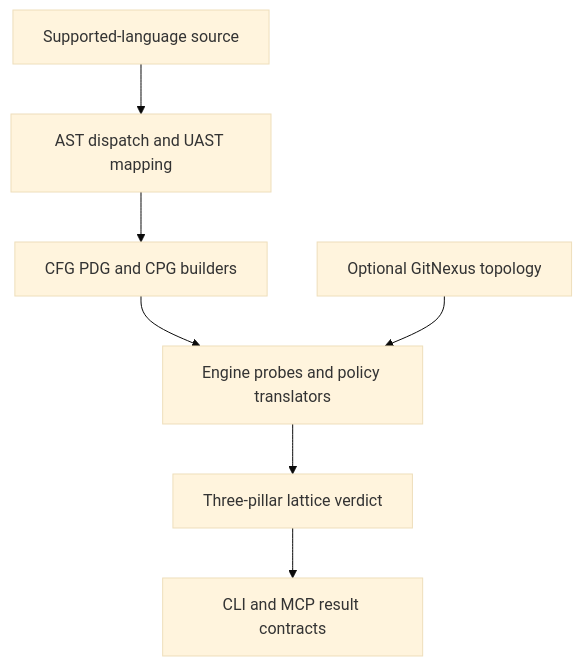
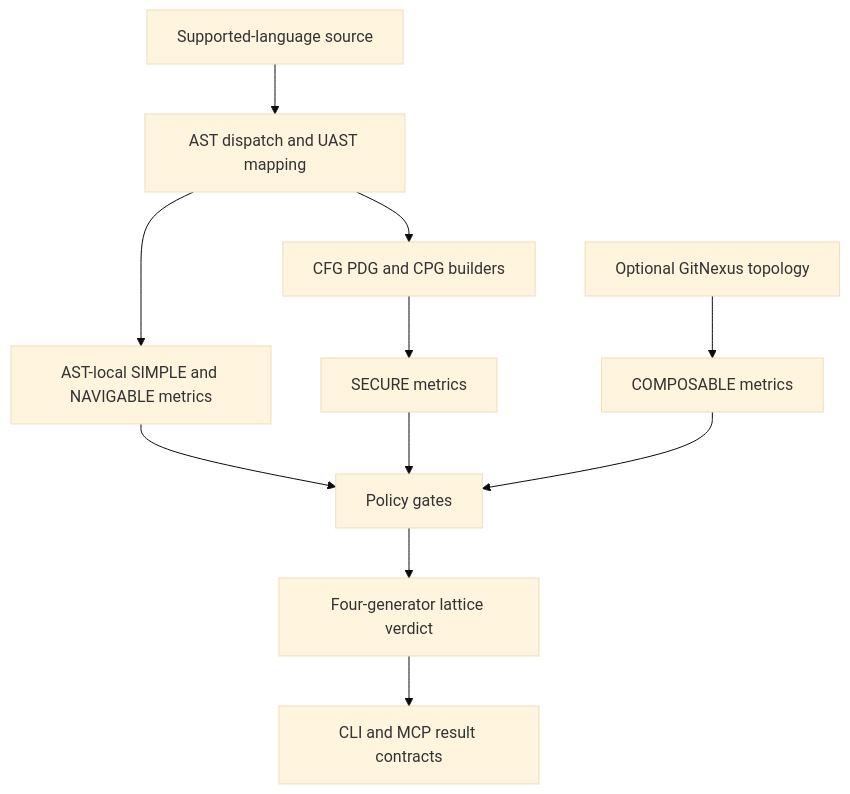
Before and after one commit to Krv-Labs/topos: the diagram in openwiki/architecture/overview.md, drawn with Mermaid (base theme). The commit also changed other lines of this file and 10 other files, not shown here.

````diff
--- a/openwiki/architecture/overview.md
+++ b/openwiki/architecture/overview.md
@@ -29,9 +29,13 @@
 ```mermaid
 flowchart TD
     Source["Supported-language source"] --> Parse["AST dispatch and UAST mapping"]
+    Parse --> Local["AST-local SIMPLE and NAVIGABLE metrics"]
     Parse --> Graphs["CFG PDG and CPG builders"]
-    Graphs --> Metrics["Engine probes and policy translators"]
-    GitNexus["Optional GitNexus topology"] --> Metrics
-    Metrics --> Verdict["Three-pillar lattice verdict"]
+    Graphs --> Secure["SECURE metrics"]
+    GitNexus["Optional GitNexus topology"] --> Composable["COMPOSABLE metrics"]
+    Local --> Policy["Policy gates"]
+    Secure --> Policy
+    Composable --> Policy
+    Policy --> Verdict["Four-generator lattice verdict"]
     Verdict --> Interfaces["CLI and MCP result contracts"]
 ```
````
